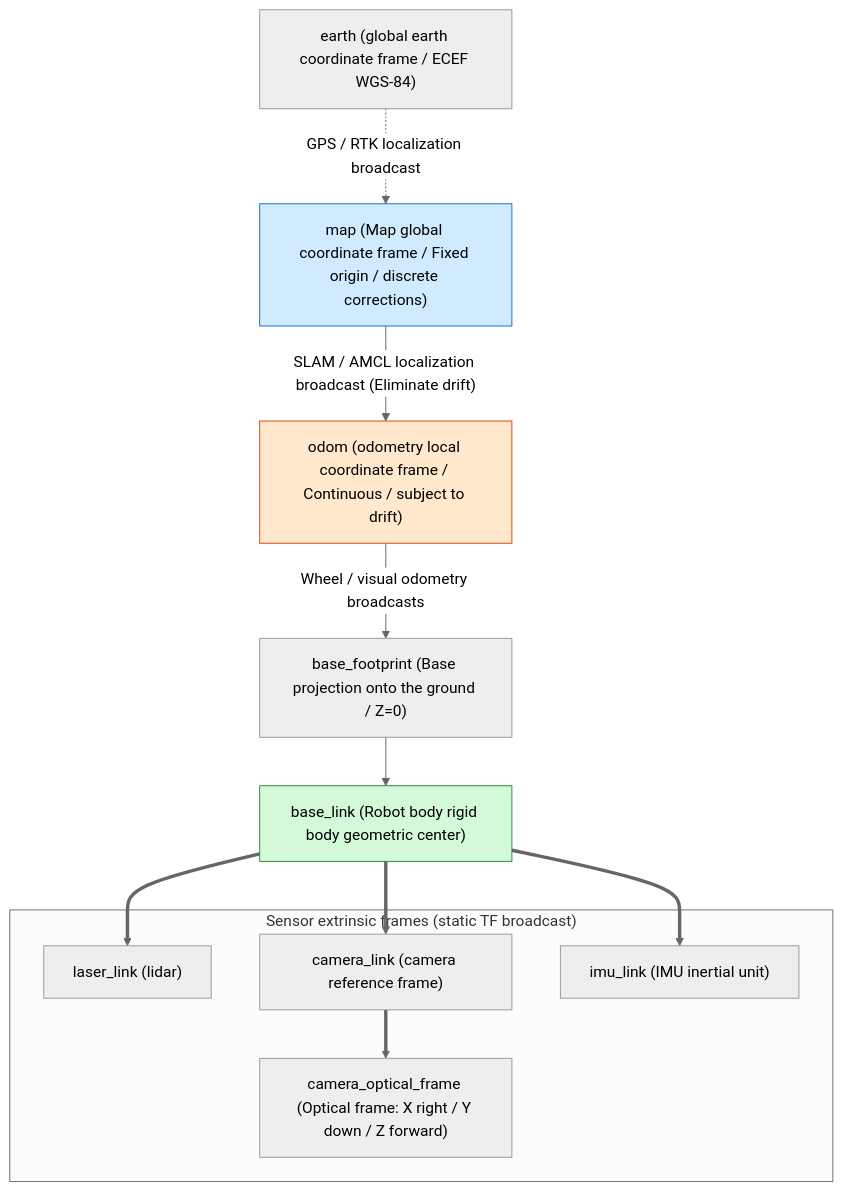
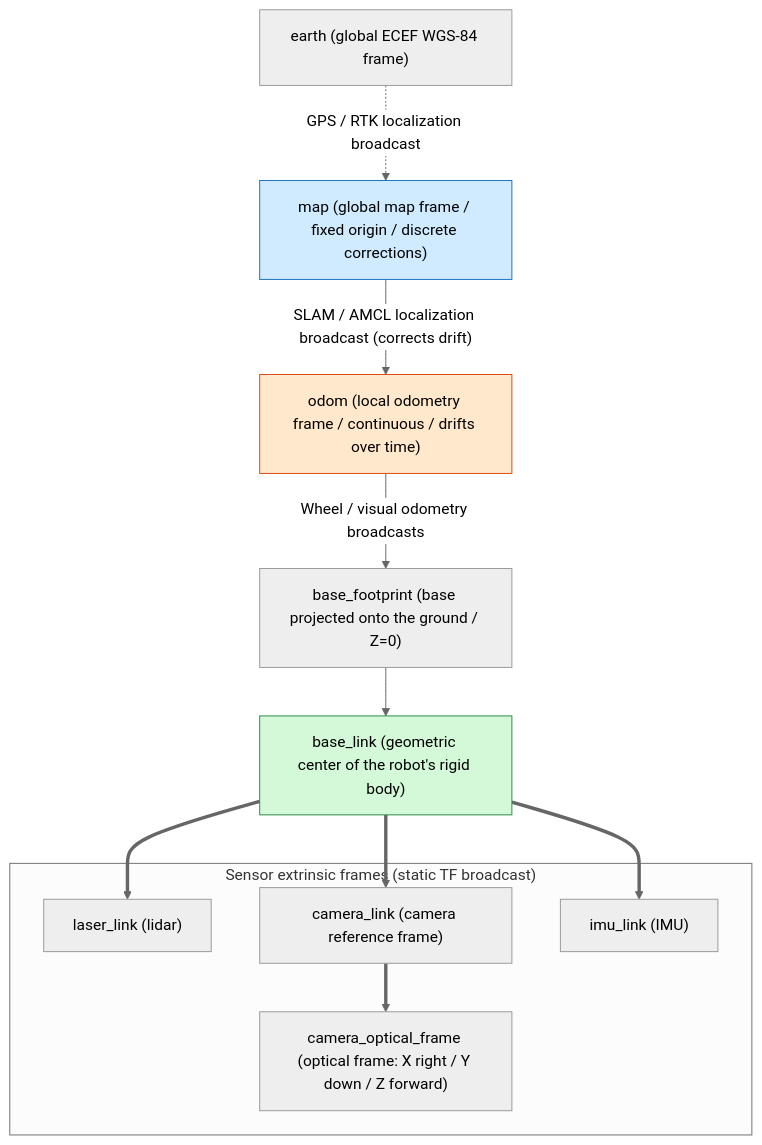
One commit to TingdeLiu/tingdeliu.github.io changed diagram 14 of 21 in _translations/en/research/ROS2-Survey.md. Above: the diagram before and after it, drawn with Mermaid (neutral theme). The commit also changed other lines of this file and 51 other files, not shown here.

````diff
--- a/_translations/en/research/ROS2-Survey.md
+++ b/_translations/en/research/ROS2-Survey.md
@@ -776,28 +776,28 @@
 ```mermaid
 flowchart TB
-    earth["earth (global earth coordinate frame / ECEF WGS-84)"]
-    map["map (Map global coordinate frame / Fixed origin / discrete corrections)"]
-    odom["odom (odometry local coordinate frame / Continuous / subject to drift)"]
-    base_footprint["base_footprint (Base projection onto the ground / Z=0)"]
-    base_link["base_link (Robot body rigid body geometric center)"]
+    earth["earth (global ECEF WGS-84 frame)"]
+    map["map (global map frame / fixed origin / discrete corrections)"]
+    odom["odom (local odometry frame / continuous / drifts over time)"]
+    base_footprint["base_footprint (base projected onto the ground / Z=0)"]
+    base_link["base_link (geometric center of the robot's rigid body)"]
     
     subgraph Sensors["Sensor extrinsic frames (static TF broadcast)"]
         laser_link["laser_link (lidar)"]
         camera_link["camera_link (camera reference frame)"]
-        camera_optical["camera_optical_frame (Optical frame: X right / Y down / Z forward)"]
-        imu_link["imu_link (IMU inertial unit)"]
+        camera_optical["camera_optical_frame (optical frame: X right / Y down / Z forward)"]
+        imu_link["imu_link (IMU)"]
     end
 
     earth -.->|"GPS / RTK localization broadcast"| map
-    map -->|"SLAM / AMCL localization broadcast (Eliminate drift)"| odom
+    map -->|"SLAM / AMCL localization broadcast (corrects drift)"| odom
     odom -->|"Wheel / visual odometry broadcasts"| base_footprint
     base_footprint --> base_link
     base_link ==> laser_link
     base_link ==> camera_link
     camera_link ==> camera_optical
     base_link ==> imu_link
 
     style map fill:#d0ebff,stroke:#1971c2
     style odom fill:#ffe8cc,stroke:#d9480f
     style base_link fill:#d3f9d8,stroke:#2b8a3e
 ```
````
